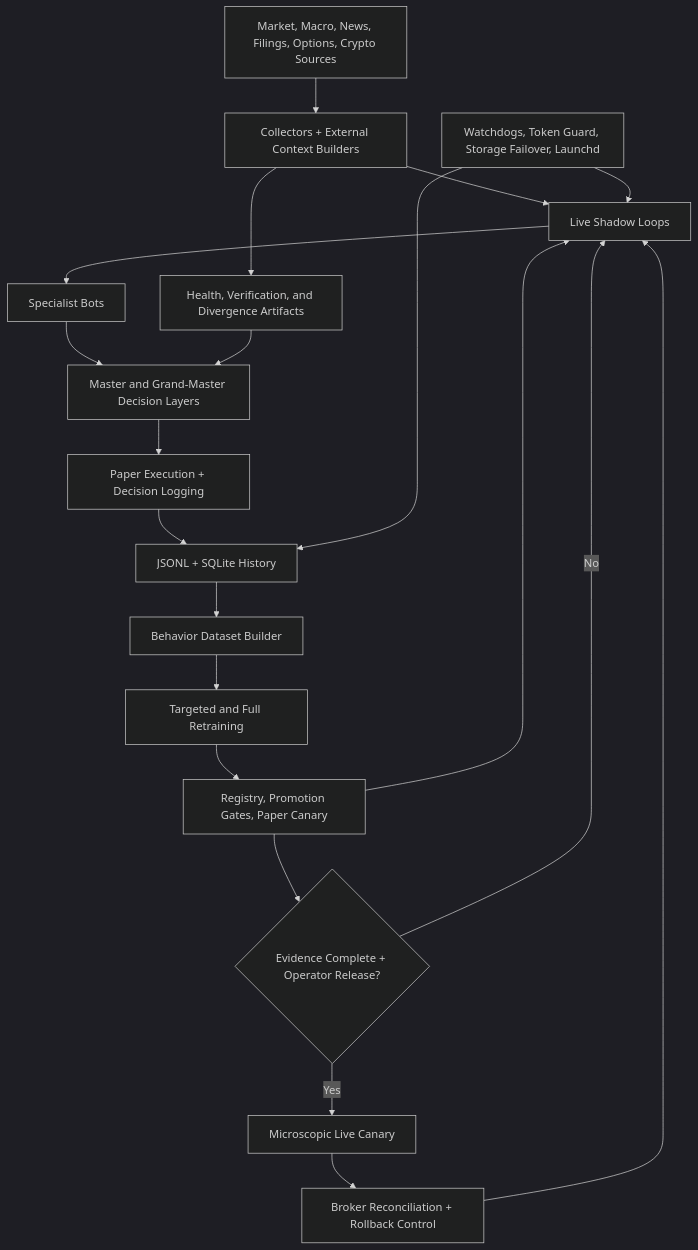
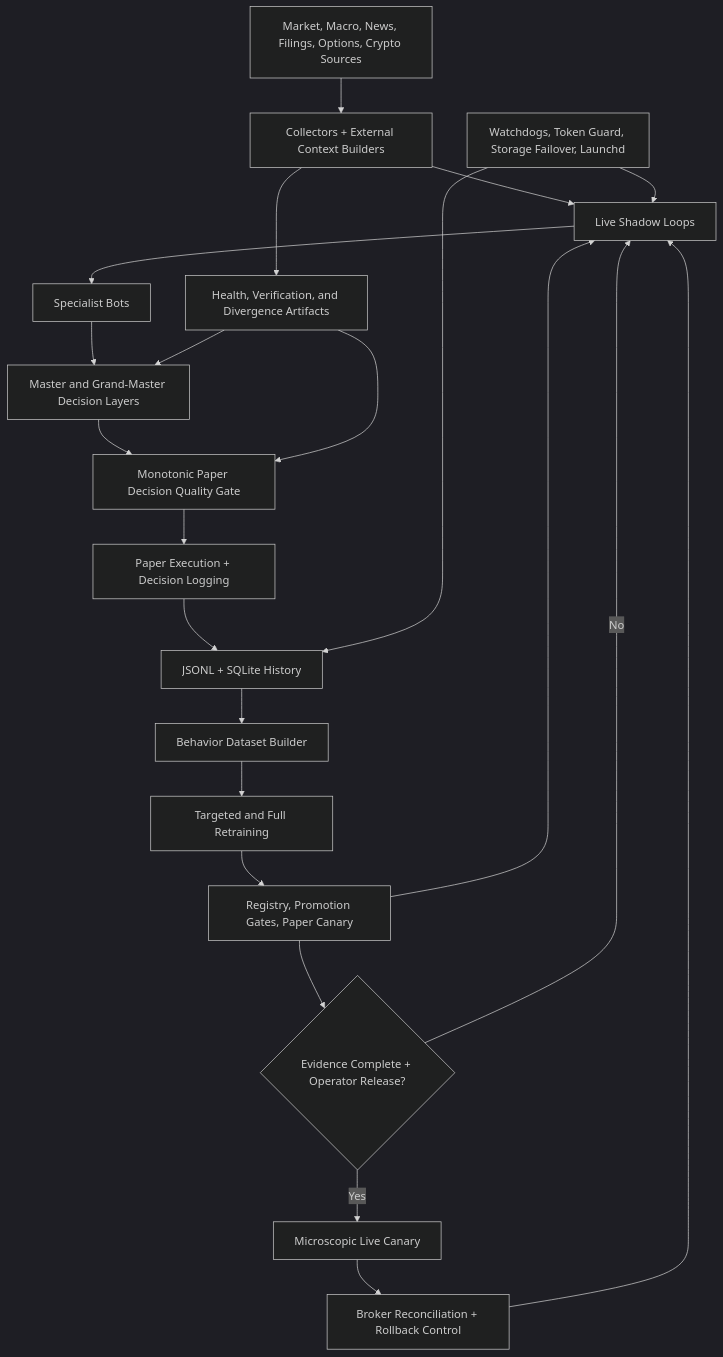
One commit to Dkingsley1/Schwab-Trading-Bots changed the diagram in README.md. Above: the diagram before and after it, drawn with Mermaid (dark theme). The commit also changed other lines of this file and 129 other files, not shown here.

````diff
--- a/README.md
+++ b/README.md
@@ -25,22 +25,24 @@
 ```mermaid
 flowchart TD
     A["Market, Macro, News, Filings, Options, Crypto Sources"] --> B["Collectors + External Context Builders"]
     B --> C["Live Shadow Loops"]
     B --> D["Health, Verification, and Divergence Artifacts"]
     C --> E["Specialist Bots"]
     E --> F["Master and Grand-Master Decision Layers"]
-    F --> G["Paper Execution + Decision Logging"]
+    F --> Q["Monotonic Paper Decision Quality Gate"]
+    Q --> G["Paper Execution + Decision Logging"]
     G --> H["JSONL + SQLite History"]
     H --> I["Behavior Dataset Builder"]
     I --> J["Targeted and Full Retraining"]
     J --> K["Registry, Promotion Gates, Paper Canary"]
     K --> C
     D --> F
+    D --> Q
     L["Watchdogs, Token Guard, Storage Failover, Launchd"] --> C
     L --> H
     K --> M{"Evidence Complete + Operator Release?"}
     M -- "No" --> C
     M -- "Yes" --> N["Microscopic Live Canary"]
     N --> O["Broker Reconciliation + Rollback Control"]
     O --> C
 ```
````
